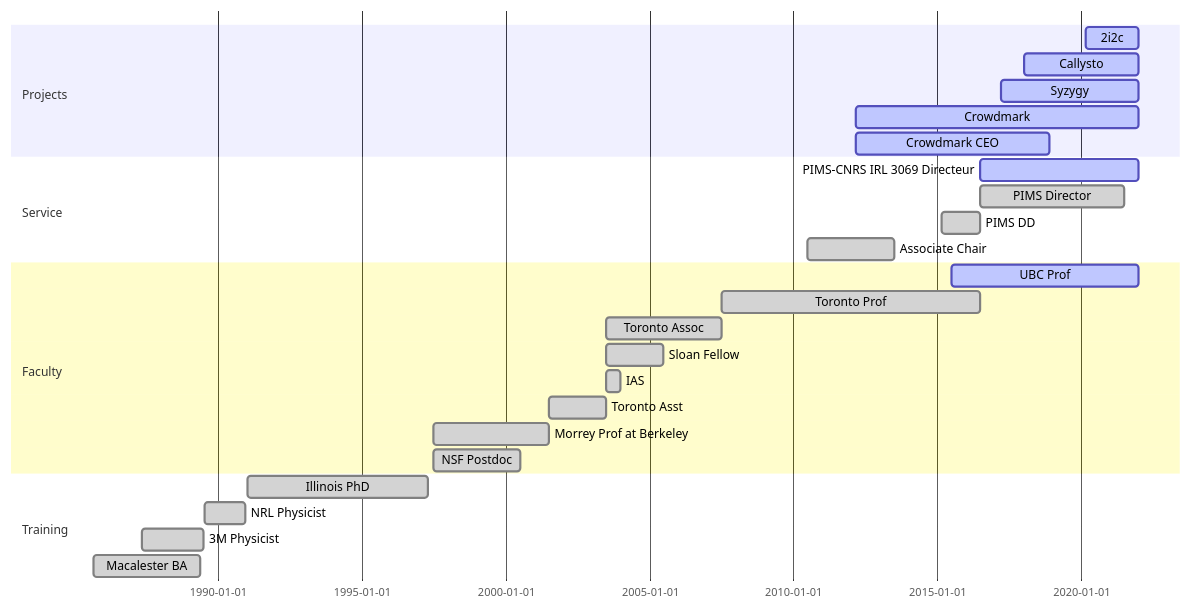
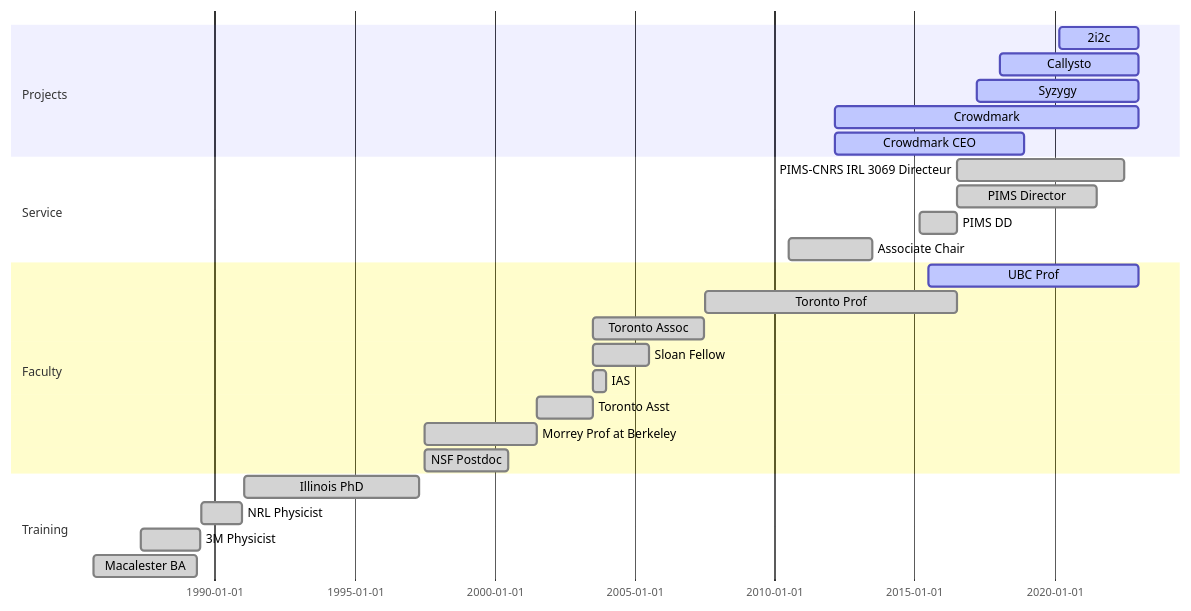
One commit to colliand/colliand-academic changed the diagram in content/home/gantt.md. Above: the diagram before and after it, drawn with Mermaid.

Commit message:
update gantt

````diff
--- a/content/home/gantt.md
+++ b/content/home/gantt.md
@@ -14,30 +14,30 @@
 ```mermaid
 gantt
     dateFormat  YYYY-MM-DD
     title      
     section Projects
-    2i2c  :active, p5, 2020-02-25,2021-12-31
-    Callysto :active, p4, 2018-01-15,2021-12-31
-    Syzygy :active, p3, 2017-03-15, 2021-12-31
-    Crowdmark :active, p2, 2012-03-01, 2021-12-31
+    2i2c  :active, p5, 2020-02-25,2022-12-31
+    Callysto :active, p4, 2018-01-15,2022-12-31
+    Syzygy :active, p3, 2017-03-15, 2022-12-31
+    Crowdmark :active, p2, 2012-03-01, 2022-12-31
     Crowdmark CEO :active, p1, 2012-03-01, 2018-11-30
     section Service 
-    PIMS-CNRS IRL 3069 Directeur :active, 2016-07-01, 2021-12-31
+    PIMS-CNRS IRL 3069 Directeur :done, 2016-07-01, 2022-06-30
     PIMS Director :done, a4, 2016-07-01, 2021-06-30
     PIMS DD :done, a3, 2015-03-01, 2016-06-30
     Associate Chair :done, a2, 2010-07-01, 2013-06-30
     section Faculty
-    UBC Prof      :active, f6, 2015-07-01, 2021-12-31
+    UBC Prof      :active, f6, 2015-07-01, 2022-12-31
     Toronto Prof  :done, f5, 2007-07-01, 2016-06-30
     Toronto Assoc :done, f2, 2003-07-01,2007-06-30
     Sloan Fellow  :done, f3, 2003-07-01, 2005-06-30
     IAS    :done, f4, 2003-07-01, 2003-12-31 
     Toronto Asst  :done, f1, 2001-07-03, 2003-06-30
     Morrey Prof at Berkeley  :done, t5, 1997-07-01, 2001-06-30
     NSF Postdoc   :done, t6, 1997-07-01, 2000-06-30
     section Training
     Illinois PhD  :done, t4, 1991-01-15, 1997-04-15
     NRL Physicist :done, t3, 1989-07-15, 1990-12-15 
     3M Physicist     :done, t2, 1987-05-15, 1989-06-30
     Macalester BA :done, t1, 1985-09-01, 1989-05-15
 ```
````
